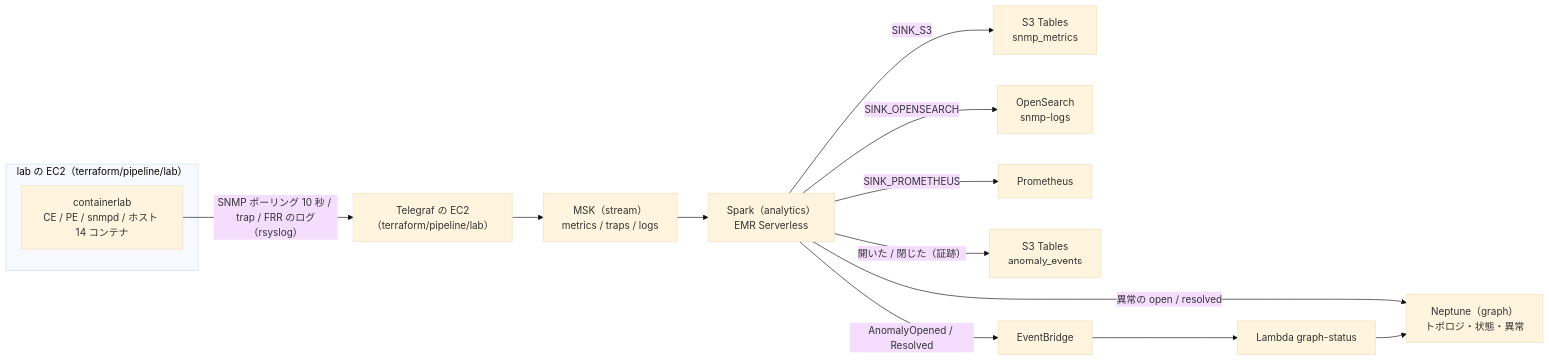
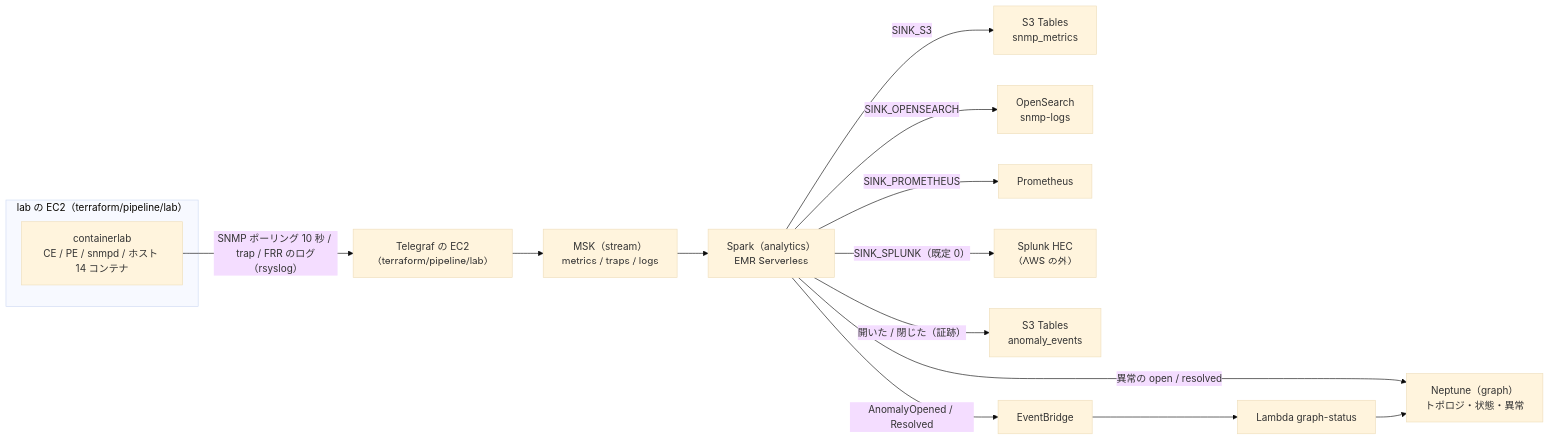
Before and after one commit to eddie-eights/cf-netops-sandbox: the diagram in docs/pipeline.md, drawn with Mermaid (base theme). The commit also changed other lines of this file and 16 other files, not shown here.

First line of the commit message:
Splunk を Spark から直接書く（HEC。MSK Connect の Splunk Connect for Kafka はやめる）

````diff
--- a/docs/pipeline.md
+++ b/docs/pipeline.md
@@ -7,16 +7,17 @@
 ```mermaid
 flowchart LR
   subgraph LABEC2["lab の EC2（terraform/pipeline/lab）"]
     CLAB["containerlab<br/>CE / PE / snmpd / ホスト 14 コンテナ"]
   end
   CLAB -->|"SNMP ポーリング 10 秒 / trap / FRR のログ（rsyslog）"| TG["Telegraf の EC2<br/>（terraform/pipeline/lab）"]
   TG --> MSK["MSK（stream）<br/>metrics / traps / logs"]
   MSK --> SPARK["Spark（analytics）<br/>EMR Serverless"]
   SPARK -->|"SINK_S3"| ICE["S3 Tables<br/>snmp_metrics"]
   SPARK -->|"SINK_OPENSEARCH"| OS["OpenSearch<br/>snmp-logs"]
   SPARK -->|"SINK_PROMETHEUS"| PROM["Prometheus"]
+  SPARK -->|"SINK_SPLUNK（既定 0）"| SPL["Splunk HEC<br/>（AWS の外）"]
   SPARK -->|"開いた / 閉じた（証跡）"| AEV["S3 Tables<br/>anomaly_events"]
   SPARK -->|"異常の open / resolved"| NEP["Neptune（graph）<br/>トポロジ・状態・異常"]
   SPARK -->|"AnomalyOpened / Resolved"| EB["EventBridge"]
   EB --> GL["Lambda graph-status"] --> NEP
 ```
````
